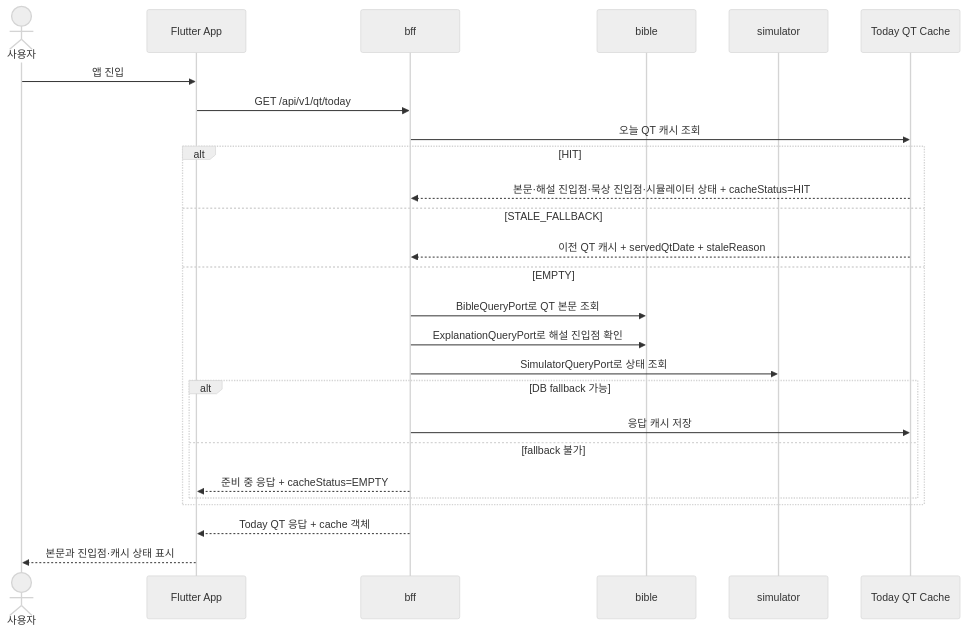
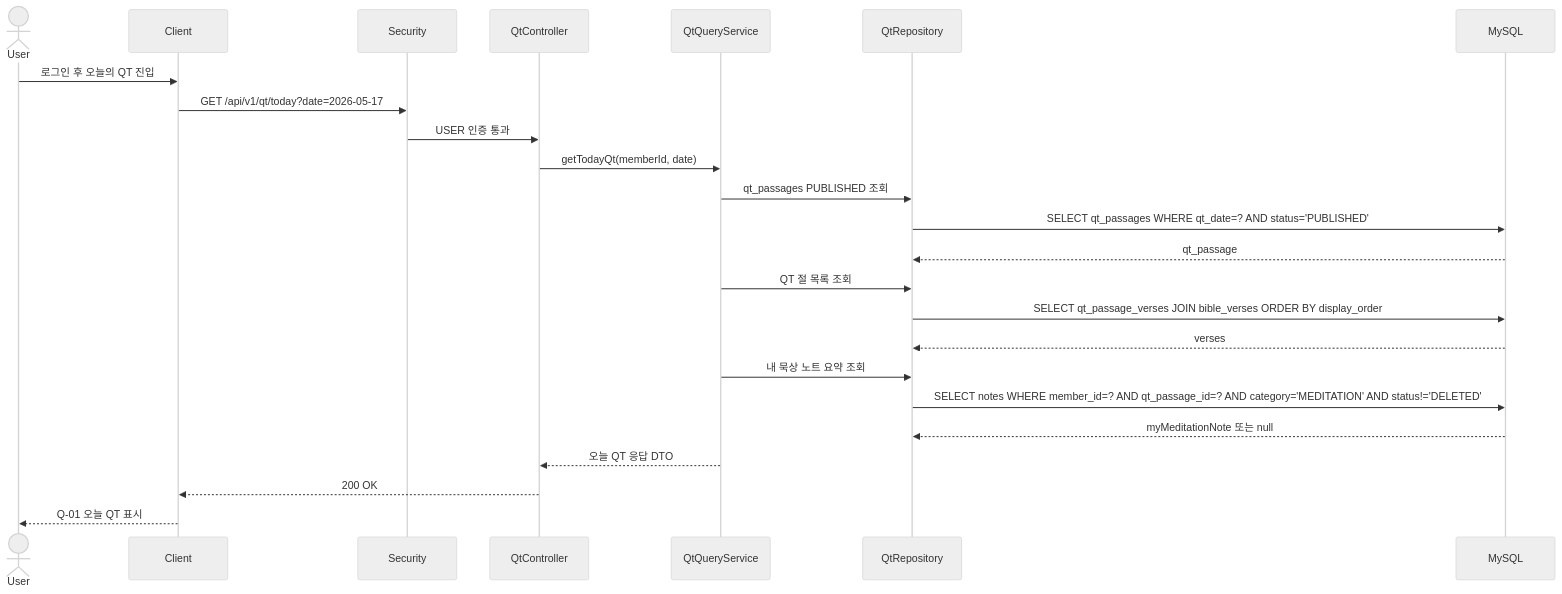
Before and after one commit to Tae0072/2nd-Team-Project: the third of 26 diagrams in 05_시퀀스_다이어그램.md, drawn with Mermaid (neutral theme). The commit also changed other lines of this file and 11 other files, not shown here.

````diff
--- a/05_시퀀스_다이어그램.md
+++ b/05_시퀀스_다이어그램.md
@@ -35,29 +147,27 @@
 ```mermaid
 sequenceDiagram
-    actor User as 사용자
-    participant App as Flutter App
-    participant BFF as bff
-    participant Bible as bible
-    participant Sim as simulator
-    participant Cache as Today QT Cache
+    actor User as User
+    participant Client as Client
+    participant Security as Security
+    participant QtApi as QtController
+    participant QtService as QtQueryService
+    participant Repo as QtRepository
+    participant MySQL as MySQL
 
-    User->>App: 앱 진입
-    App->>BFF: GET /api/v1/qt/today
-    BFF->>Cache: 오늘 QT 캐시 조회
-    alt HIT
-        Cache-->>BFF: 본문·해설 진입점·묵상 진입점·시뮬레이터 상태 + cacheStatus=HIT
-    else STALE_FALLBACK
-        Cache-->>BFF: 이전 QT 캐시 + servedQtDate + staleReason
-    else EMPTY
-        BFF->>Bible: BibleQueryPort로 QT 본문 조회
-        BFF->>Bible: ExplanationQueryPort로 해설 진입점 확인
-        BFF->>Sim: SimulatorQueryPort로 상태 조회
-        alt DB fallback 가능
-            BFF->>Cache: 응답 캐시 저장
-        else fallback 불가
-            BFF-->>App: 준비 중 응답 + cacheStatus=EMPTY
-        end
-    end
-    BFF-->>App: Today QT 응답 + cache 객체
-    App-->>User: 본문과 진입점·캐시 상태 표시
+    User->>Client: 로그인 후 오늘의 QT 진입
+    Client->>Security: GET /api/v1/qt/today?date=2026-05-17
+    Security->>QtApi: USER 인증 통과
+    QtApi->>QtService: getTodayQt(memberId, date)
+    QtService->>Repo: qt_passages PUBLISHED 조회
+    Repo->>MySQL: SELECT qt_passages WHERE qt_date=? AND status='PUBLISHED'
+    MySQL-->>Repo: qt_passage
+    QtService->>Repo: QT 절 목록 조회
+    Repo->>MySQL: SELECT qt_passage_verses JOIN bible_verses ORDER BY display_order
+    MySQL-->>Repo: verses
+    QtService->>Repo: 내 묵상 노트 요약 조회
+    Repo->>MySQL: SELECT notes WHERE member_id=? AND qt_passage_id=? AND category='MEDITATION' AND status!='DELETED'
+    MySQL-->>Repo: myMeditationNote 또는 null
+    QtService-->>QtApi: 오늘 QT 응답 DTO
+    QtApi-->>Client: 200 OK
+    Client-->>User: Q-01 오늘 QT 표시
 ```
````
